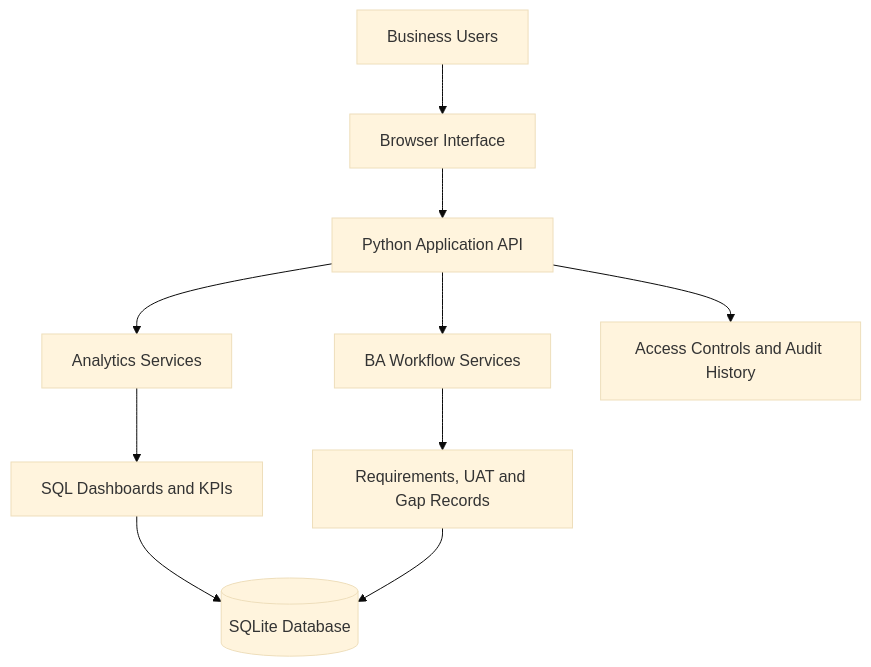
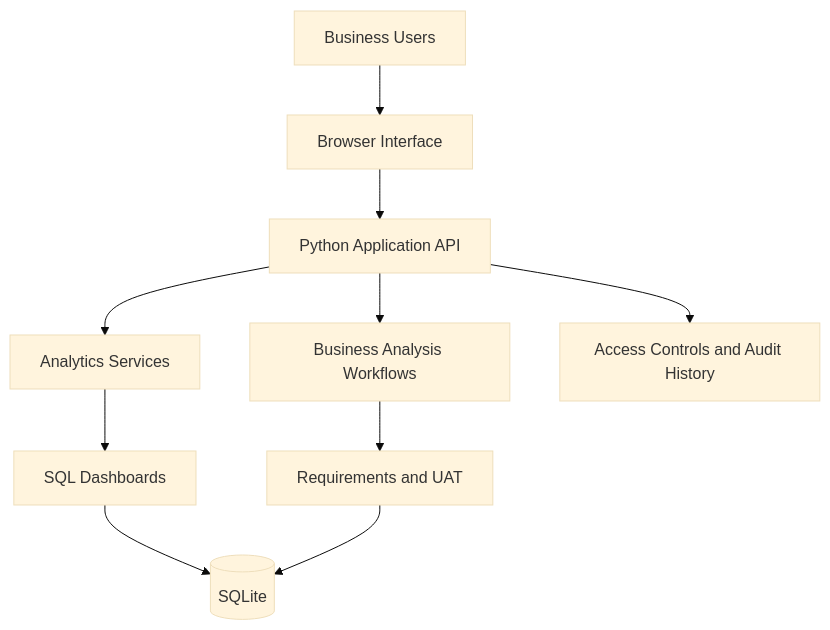
The first of 3 diagrams in README.md (JamieChristian22/business-analyst-portfolio), drawn with Mermaid (base theme) before and after one commit. The commit also changed other lines of this file, not shown here.

````diff
--- a/README.md
+++ b/README.md
@@ -86,12 +194,12 @@
 ```mermaid
 flowchart TD
     A[Business Users] --> B[Browser Interface]
     B --> C[Python Application API]
     C --> D[Analytics Services]
-    C --> E[BA Workflow Services]
-    D --> F[SQL Dashboards and KPIs]
-    E --> G[Requirements, UAT and Gap Records]
-    F --> H[(SQLite Database)]
+    C --> E[Business Analysis Workflows]
+    D --> F[SQL Dashboards]
+    E --> G[Requirements and UAT]
+    F --> H[(SQLite)]
     G --> H
     C --> I[Access Controls and Audit History]
 ```
````
